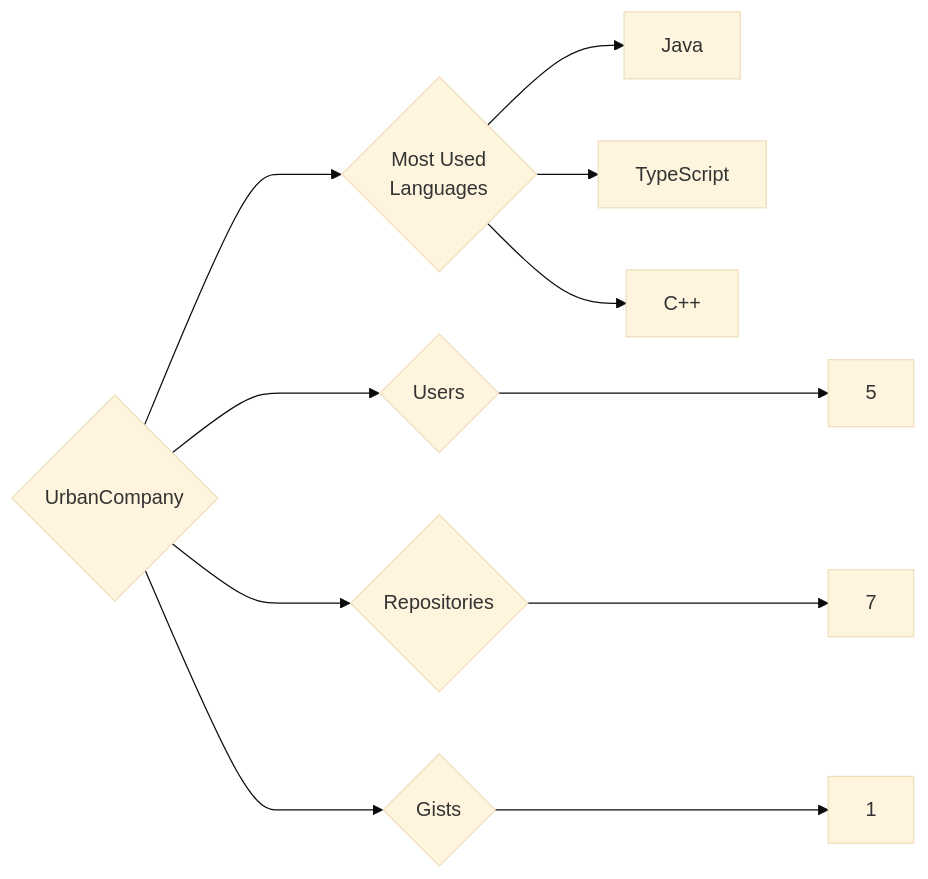
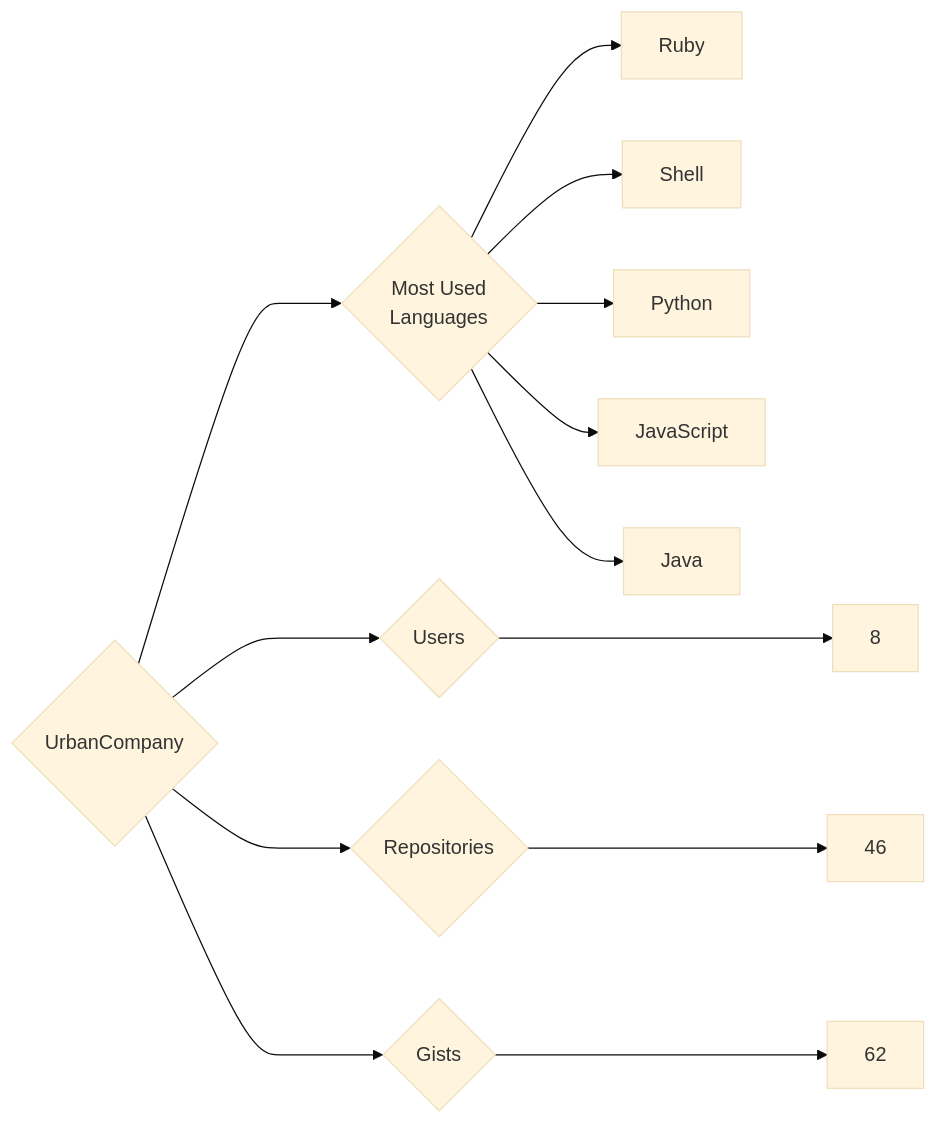
Before and after one commit to trickest/insiders: the diagram in targets/UrbanCompany/README.md, drawn with Mermaid (base theme). The commit also changed 1479 other files, not shown here.

````diff
--- a/targets/UrbanCompany/README.md
+++ b/targets/UrbanCompany/README.md
@@ -3,11 +3,13 @@
 ```mermaid
 graph LR
 COMPANY_NAME{UrbanCompany}
-COMPANY_NAME ---> U{Users} ---> UN[5]
-COMPANY_NAME ---> R{Repositories} ---> RN[7]
-COMPANY_NAME ---> G{Gists} ---> GN[1]
+COMPANY_NAME ---> U{Users} ---> UN[8]
+COMPANY_NAME ---> R{Repositories} ---> RN[46]
+COMPANY_NAME ---> G{Gists} ---> GN[62]
 COMPANY_NAME ---> ML{Most Used<br>Languages}
+ML --> Ruby[Ruby]
+ML --> Shell[Shell]
+ML --> Python[Python]
+ML --> JavaScript[JavaScript]
 ML --> Java[Java]
-ML --> TypeScript[TypeScript]
-ML --> C++[C++]
 ```
````
